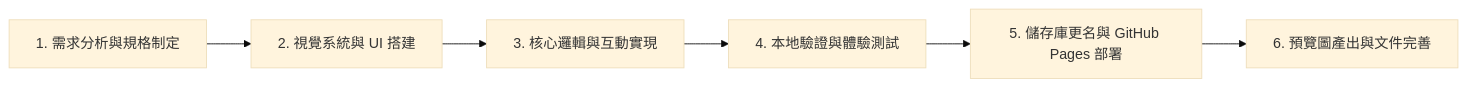
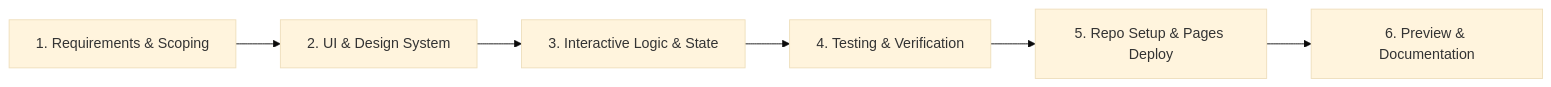
One commit to Richard5007/0916 changed the diagram in README.md. Above: the diagram before and after it, drawn with Mermaid (base theme). The commit also changed other lines of this file, not shown here.

````diff
--- a/README.md
+++ b/README.md
@@ -38,8 +38,8 @@
 ```mermaid
 graph LR
-    A[1. 需求分析與規格制定] --> B[2. 視覺系統與 UI 搭建]
-    B --> C[3. 核心邏輯與互動實現]
-    C --> D[4. 本地驗證與體驗測試]
-    D --> E[5. 儲存庫更名與 GitHub Pages 部署]
-    E --> F[6. 預覽圖產出與文件完善]
+    A[1. Requirements & Scoping] --> B[2. UI & Design System]
+    B --> C[3. Interactive Logic & State]
+    C --> D[4. Testing & Verification]
+    D --> E[5. Repo Setup & Pages Deploy]
+    E --> F[6. Preview & Documentation]
 ```
````
